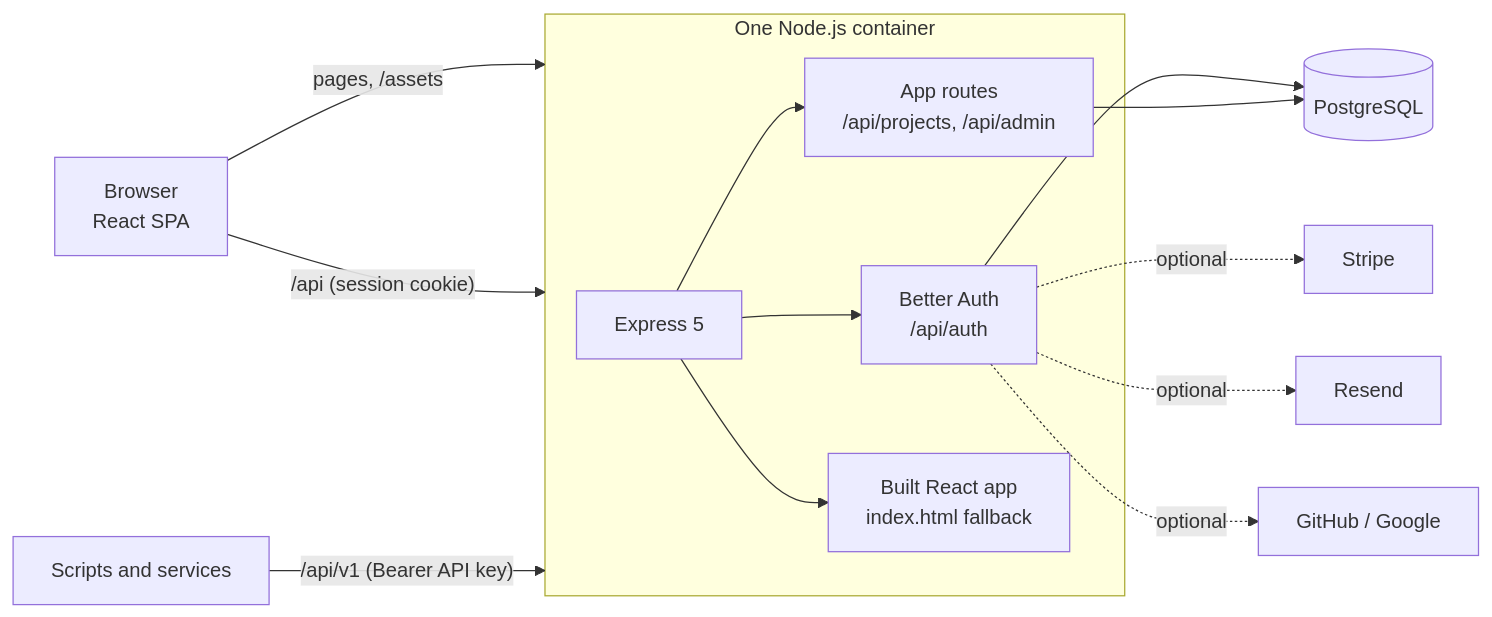
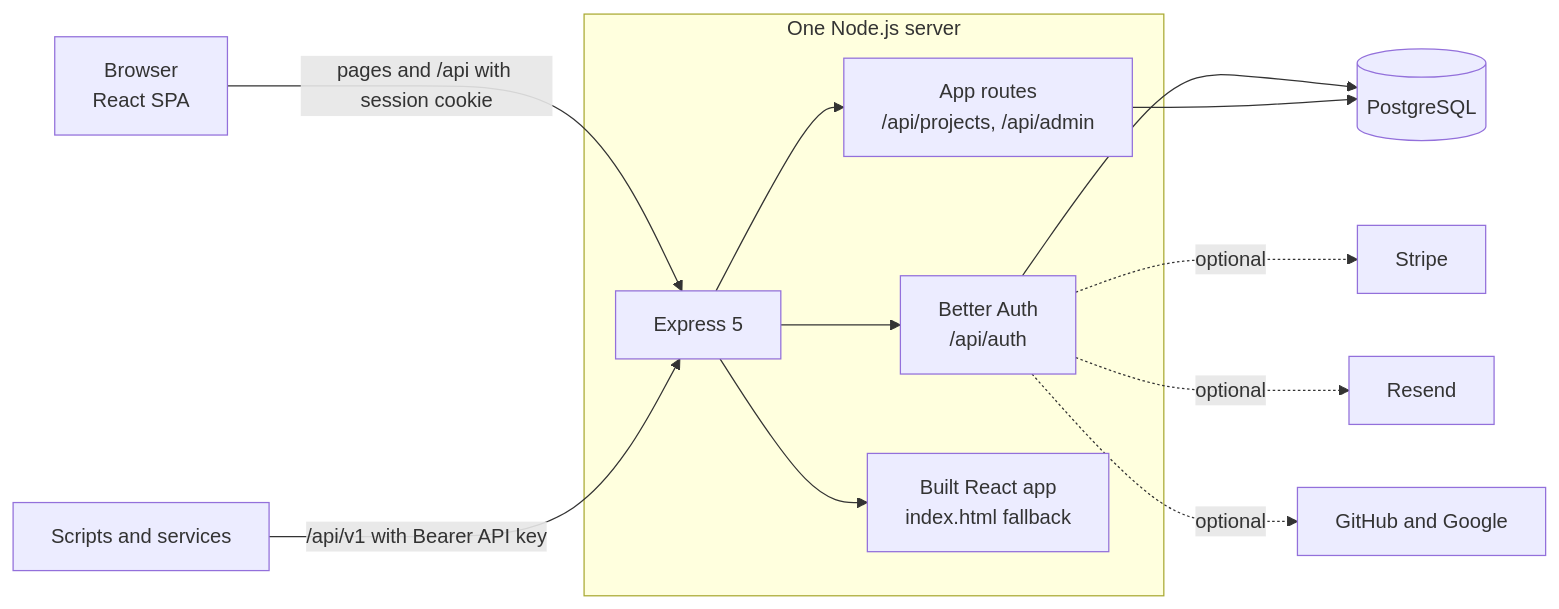
One commit to light-cloud-com/templates changed the diagram in starters/saas-starter-react-node/README.md. Above: the diagram before and after it, drawn with Mermaid. The commit also changed other lines of this file and 2 other files, not shown here.

First line of the commit message:
README: React and Node.js SaaS starter kit landing page

````diff
--- a/starters/saas-starter-react-node/README.md
+++ b/starters/saas-starter-react-node/README.md
@@ -22,16 +173,15 @@
 ```mermaid
 flowchart LR
-    browser["Browser<br/>React SPA"] -->|"pages, /assets"| server
-    browser -->|"/api (session cookie)"| server
-    scripts["Scripts and services"] -->|"/api/v1 (Bearer API key)"| server
-    subgraph server["One Node.js container"]
+    browser["Browser<br/>React SPA"] -->|"pages and /api with session cookie"| express
+    scripts["Scripts and services"] -->|"/api/v1 with Bearer API key"| express
+    subgraph container["One Node.js server"]
         express["Express 5"] --> auth["Better Auth<br/>/api/auth"]
         express --> routes["App routes<br/>/api/projects, /api/admin"]
         express --> spa["Built React app<br/>index.html fallback"]
     end
     auth --> db[("PostgreSQL")]
     routes --> db
     auth -.->|optional| stripe["Stripe"]
     auth -.->|optional| resend["Resend"]
-    auth -.->|optional| oauth["GitHub / Google"]
+    auth -.->|optional| oauth["GitHub and Google"]
 ```
````
